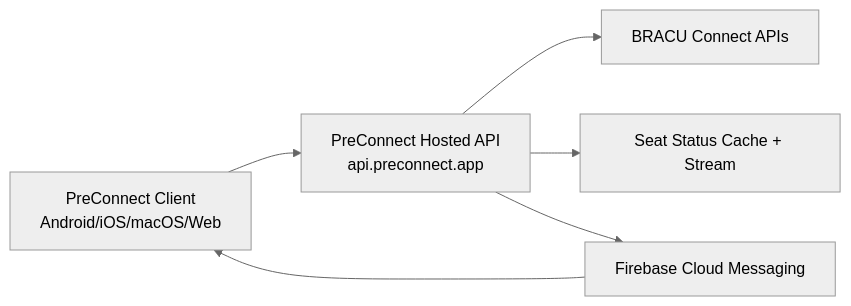
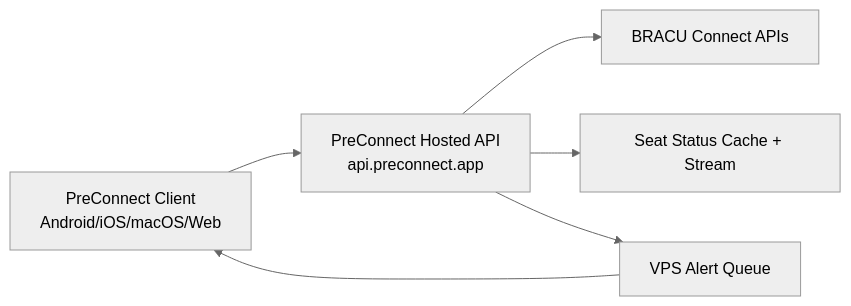
The diagram in README.md (hitblast/preconnect), drawn with Mermaid (neutral theme) before and after one commit. The commit also changed other lines of this file and 19 other files, not shown here.

````diff
--- a/README.md
+++ b/README.md
@@ -190,8 +190,8 @@
 ```mermaid
 flowchart LR
   A[PreConnect Client\nAndroid/iOS/macOS/Web] --> B[PreConnect Hosted API\napi.preconnect.app]
   B --> C[BRACU Connect APIs]
   B --> D[Seat Status Cache + Stream]
-  B --> E[Firebase Cloud Messaging]
+  B --> E[VPS Alert Queue]
   E --> A
 ```
````
